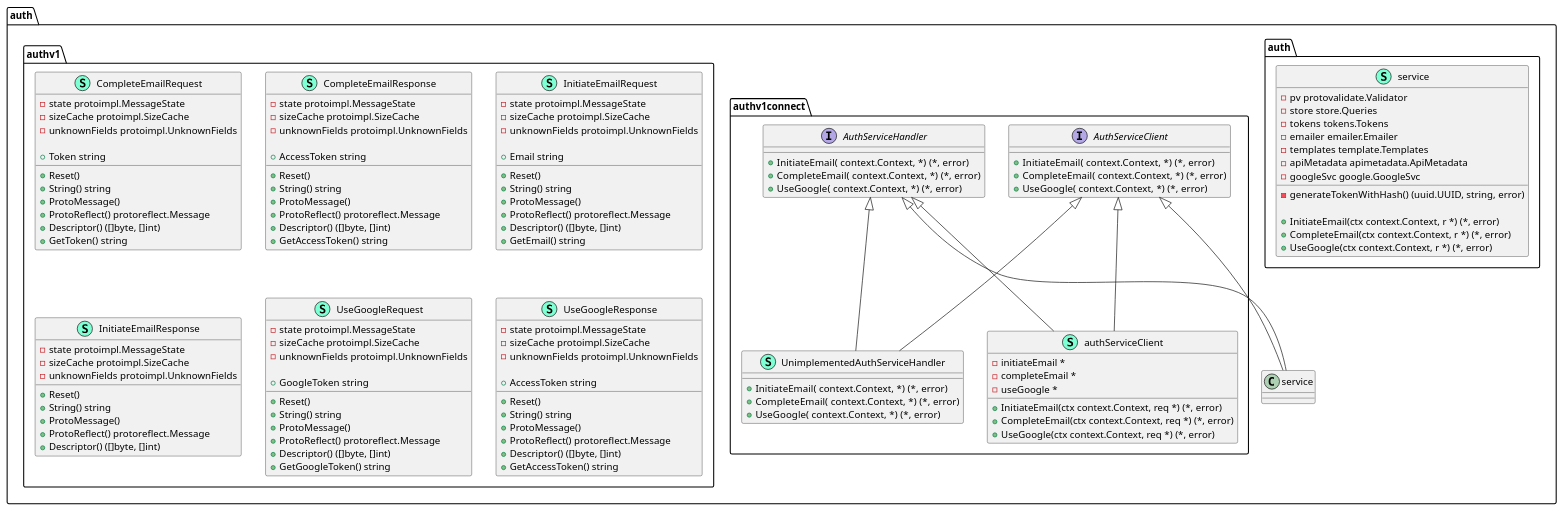
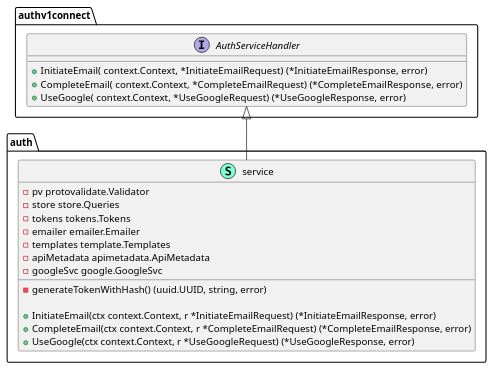
The second of 11 diagrams in docs/diagrams/class/class-diagram.puml (jadwalapp/symmetrical-spoon), drawn with PlantUML before and after one commit. The commit also changed other lines of this file and 5 other files, not shown here.

Commit message:
make class diagram better

```diff
--- a/docs/diagrams/class/class-diagram.puml
+++ b/docs/diagrams/class/class-diagram.puml
@@ -28,152 +28,33 @@
 @startuml auth
+
 namespace auth {
-    namespace auth {
     class service << (S,Aquamarine) >> {
         - pv protovalidate.Validator
         - store store.Queries
         - tokens tokens.Tokens
         - emailer emailer.Emailer
         - templates template.Templates
         - apiMetadata apimetadata.ApiMetadata
         - googleSvc google.GoogleSvc
 
         - generateTokenWithHash() (uuid.UUID, string, error)
 
-        + InitiateEmail(ctx context.Context, r *) (*, error)
-        + CompleteEmail(ctx context.Context, r *) (*, error)
-        + UseGoogle(ctx context.Context, r *) (*, error)
+        + InitiateEmail(ctx context.Context, r *InitiateEmailRequest) (*InitiateEmailResponse, error)
+        + CompleteEmail(ctx context.Context, r *CompleteEmailRequest) (*CompleteEmailResponse, error)
+        + UseGoogle(ctx context.Context, r *UseGoogleRequest) (*UseGoogleResponse, error)
 
     }
 }
 
-"authv1connect.AuthServiceClient" <|-- "auth.service"
 "authv1connect.AuthServiceHandler" <|-- "auth.service"
 
-namespace authv1 {
-    class CompleteEmailRequest << (S,Aquamarine) >> {
-        - state protoimpl.MessageState
-        - sizeCache protoimpl.SizeCache
-        - unknownFields protoimpl.UnknownFields
 
-        + Token string
-
-        + Reset() 
-        + String() string
-        + ProtoMessage() 
-        + ProtoReflect() protoreflect.Message
-        + Descriptor() ([]byte, []int)
-        + GetToken() string
-
-    }
-    class CompleteEmailResponse << (S,Aquamarine) >> {
-        - state protoimpl.MessageState
-        - sizeCache protoimpl.SizeCache
-        - unknownFields protoimpl.UnknownFields
-
-        + AccessToken string
-
-        + Reset() 
-        + String() string
-        + ProtoMessage() 
-        + ProtoReflect() protoreflect.Message
-        + Descriptor() ([]byte, []int)
-        + GetAccessToken() string
-
-    }
-    class InitiateEmailRequest << (S,Aquamarine) >> {
-        - state protoimpl.MessageState
-        - sizeCache protoimpl.SizeCache
-        - unknownFields protoimpl.UnknownFields
-
-        + Email string
-
-        + Reset() 
-        + String() string
-        + ProtoMessage() 
-        + ProtoReflect() protoreflect.Message
-        + Descriptor() ([]byte, []int)
-        + GetEmail() string
-
-    }
-    class InitiateEmailResponse << (S,Aquamarine) >> {
-        - state protoimpl.MessageState
-        - sizeCache protoimpl.SizeCache
-        - unknownFields protoimpl.UnknownFields
-
-        + Reset() 
-        + String() string
-        + ProtoMessage() 
-        + ProtoReflect() protoreflect.Message
-        + Descriptor() ([]byte, []int)
-
-    }
-    class UseGoogleRequest << (S,Aquamarine) >> {
-        - state protoimpl.MessageState
-        - sizeCache protoimpl.SizeCache
-        - unknownFields protoimpl.UnknownFields
-
-        + GoogleToken string
-
-        + Reset() 
-        + String() string
-        + ProtoMessage() 
-        + ProtoReflect() protoreflect.Message
-        + Descriptor() ([]byte, []int)
-        + GetGoogleToken() string
-
-    }
-    class UseGoogleResponse << (S,Aquamarine) >> {
-        - state protoimpl.MessageState
-        - sizeCache protoimpl.SizeCache
-        - unknownFields protoimpl.UnknownFields
-
-        + AccessToken string
-
-        + Reset() 
-        + String() string
-        + ProtoMessage() 
-        + ProtoReflect() protoreflect.Message
-        + Descriptor() ([]byte, []int)
-        + GetAccessToken() string
+namespace authv1connect {
+    interface AuthServiceHandler  {
+        + InitiateEmail( context.Context,  *InitiateEmailRequest) (*InitiateEmailResponse, error)
+        + CompleteEmail( context.Context,  *CompleteEmailRequest) (*CompleteEmailResponse, error)
+        + UseGoogle( context.Context,  *UseGoogleRequest) (*UseGoogleResponse, error)
 
     }
 }
-
-
-namespace authv1connect {
-    interface AuthServiceClient  {
-        + InitiateEmail( context.Context,  *) (*, error)
-        + CompleteEmail( context.Context,  *) (*, error)
-        + UseGoogle( context.Context,  *) (*, error)
-
-    }
-    interface AuthServiceHandler  {
-        + InitiateEmail( context.Context,  *) (*, error)
-        + CompleteEmail( context.Context,  *) (*, error)
-        + UseGoogle( context.Context,  *) (*, error)
-
-    }
-    class UnimplementedAuthServiceHandler << (S,Aquamarine) >> {
-        + InitiateEmail( context.Context,  *) (*, error)
-        + CompleteEmail( context.Context,  *) (*, error)
-        + UseGoogle( context.Context,  *) (*, error)
-
-    }
-    class authServiceClient << (S,Aquamarine) >> {
-        - initiateEmail *
-        - completeEmail *
-        - useGoogle *
-
-        + InitiateEmail(ctx context.Context, req *) (*, error)
-        + CompleteEmail(ctx context.Context, req *) (*, error)
-        + UseGoogle(ctx context.Context, req *) (*, error)
-
-    }
-}
-
-"authv1connect.AuthServiceClient" <|-- "authv1connect.UnimplementedAuthServiceHandler"
-"authv1connect.AuthServiceHandler" <|-- "authv1connect.UnimplementedAuthServiceHandler"
-"authv1connect.AuthServiceClient" <|-- "authv1connect.authServiceClient"
-"authv1connect.AuthServiceHandler" <|-- "authv1connect.authServiceClient"
-}
 @enduml
```
